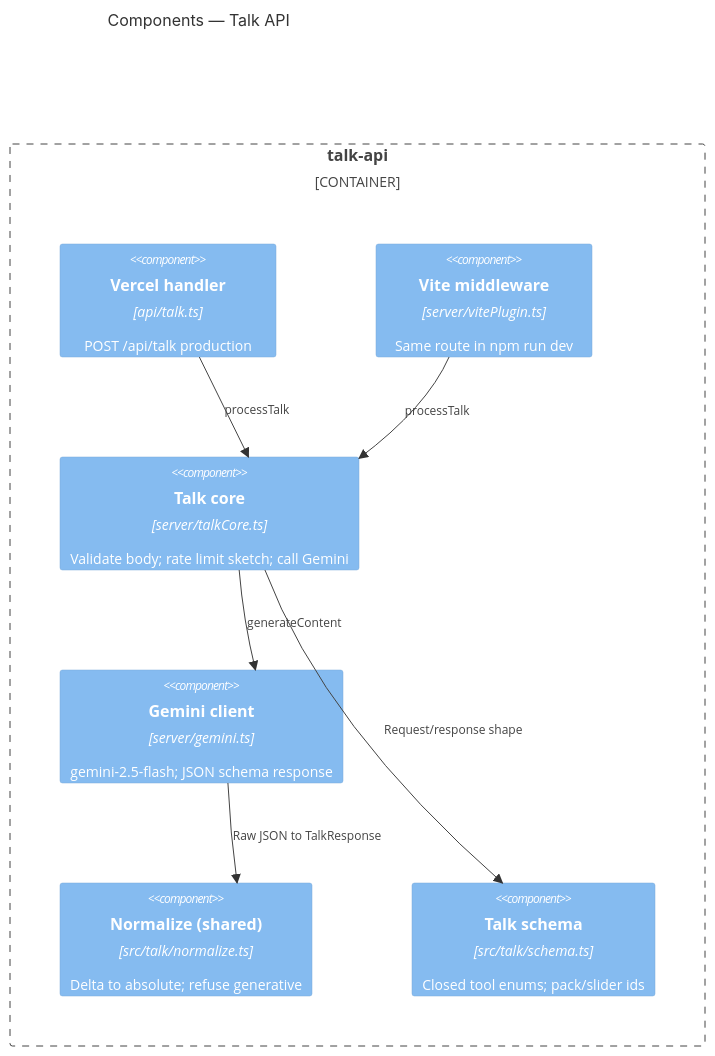
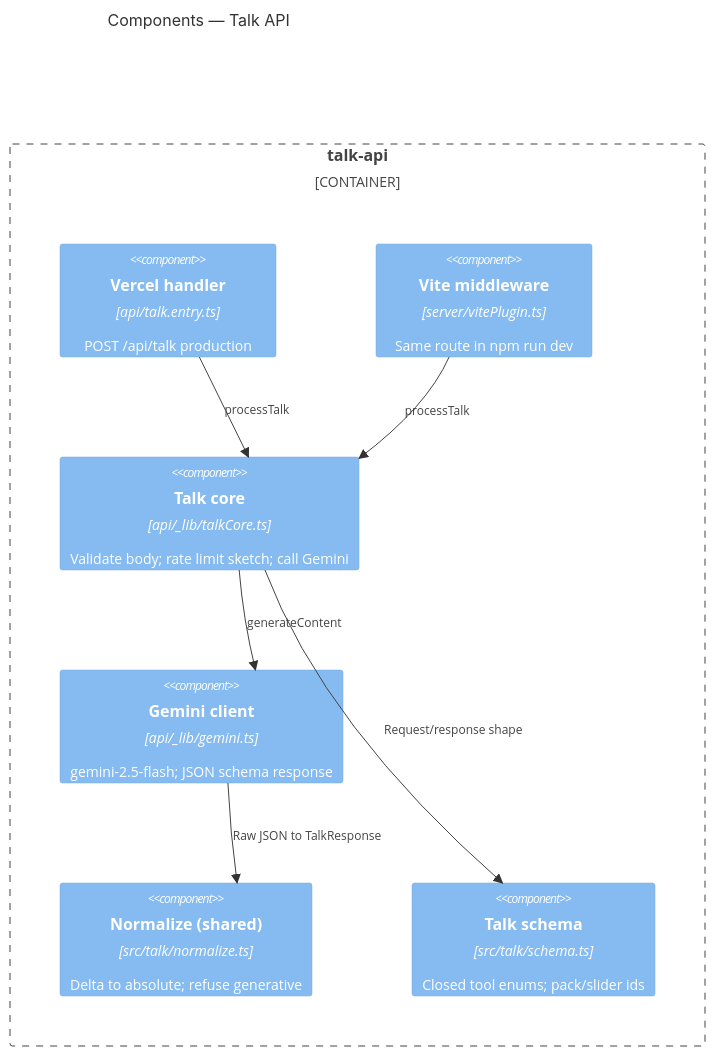
Before and after one commit to aryanjohari/web-image-editor: the diagram in docs/c4/3-components/talk-api.mmd, drawn with Mermaid. The commit also changed 8 other files, not shown here.

First line of the commit message:
Add CI and talk API tests, fix stale doc paths (#1)

```diff
--- a/docs/c4/3-components/talk-api.mmd
+++ b/docs/c4/3-components/talk-api.mmd
@@ -1,18 +1,18 @@
 %% C3 Components — talk-api
 
 C4Component
   title Components — Talk API
   Container_Boundary(talkApi, "talk-api") {
-    Component(vercelHandler, "Vercel handler", "api/talk.ts", "POST /api/talk production")
+    Component(vercelHandler, "Vercel handler", "api/talk.entry.ts", "POST /api/talk production")
     Component(devMiddleware, "Vite middleware", "server/vitePlugin.ts", "Same route in npm run dev")
-    Component(talkCore, "Talk core", "server/talkCore.ts", "Validate body; rate limit sketch; call Gemini")
-    Component(geminiClient, "Gemini client", "server/gemini.ts", "gemini-2.5-flash; JSON schema response")
+    Component(talkCore, "Talk core", "api/_lib/talkCore.ts", "Validate body; rate limit sketch; call Gemini")
+    Component(geminiClient, "Gemini client", "api/_lib/gemini.ts", "gemini-2.5-flash; JSON schema response")
     Component(normalize, "Normalize (shared)", "src/talk/normalize.ts", "Delta to absolute; refuse generative")
     Component(schema, "Talk schema", "src/talk/schema.ts", "Closed tool enums; pack/slider ids")
   }
 
   Rel(vercelHandler, talkCore, "processTalk")
   Rel(devMiddleware, talkCore, "processTalk")
   Rel(talkCore, geminiClient, "generateContent")
   Rel(talkCore, schema, "Request/response shape")
   Rel(geminiClient, normalize, "Raw JSON to TalkResponse")
```
